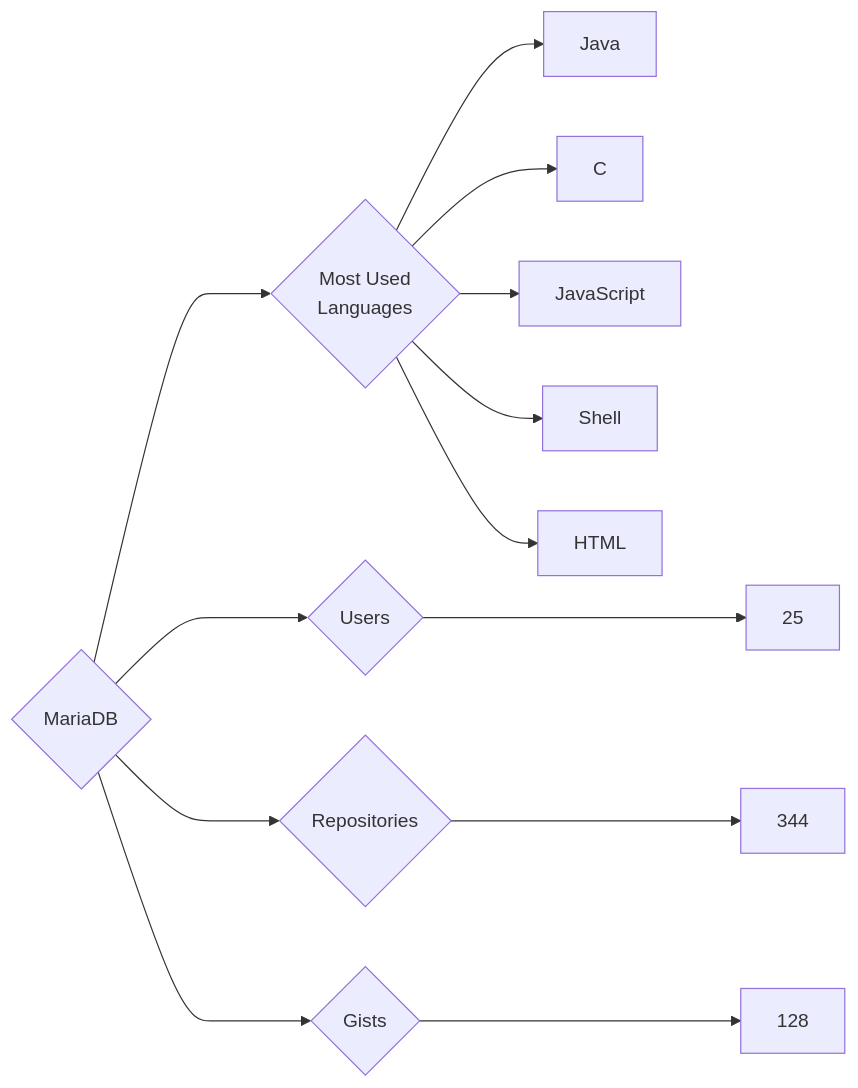
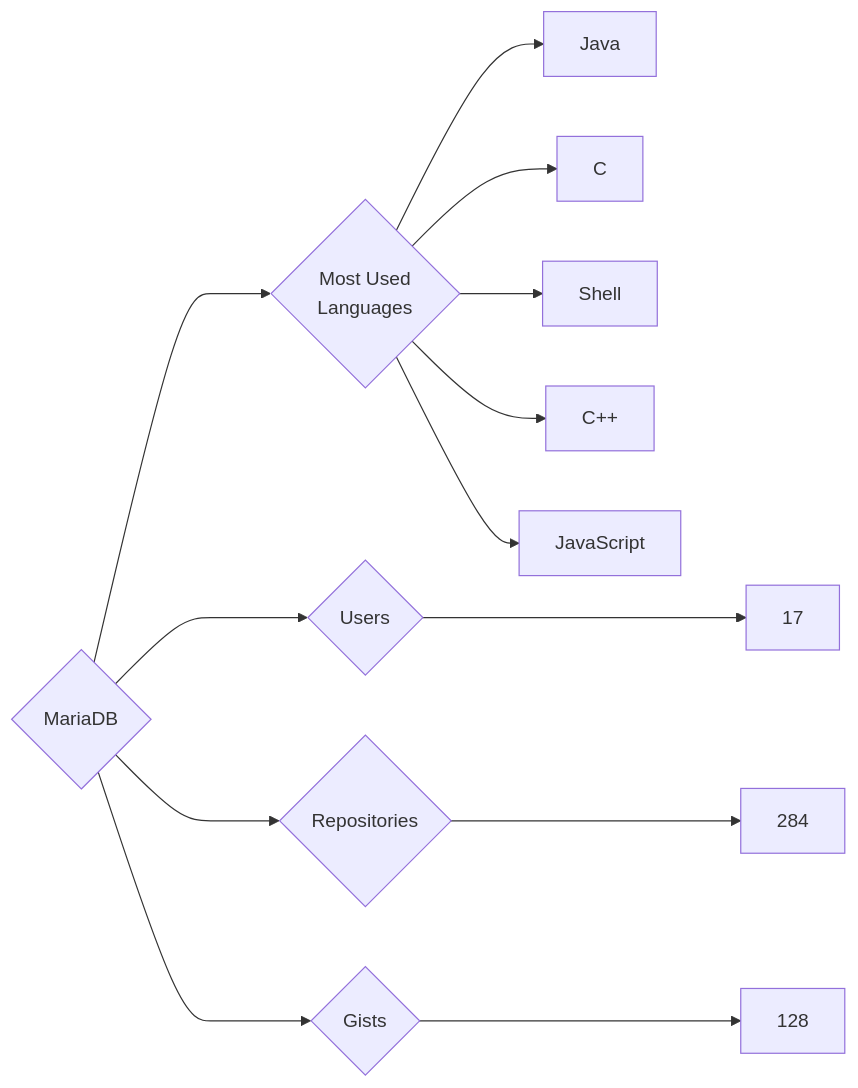
One commit to trickest/insiders changed the diagram in targets/MariaDB/README.md. Above: the diagram before and after it, drawn with Mermaid. The commit also changed 900 other files, not shown here.

````diff
--- a/targets/MariaDB/README.md
+++ b/targets/MariaDB/README.md
@@ -3,13 +3,13 @@
 ```mermaid
 graph LR
 COMPANY_NAME{MariaDB}
-COMPANY_NAME ---> U{Users} ---> UN[25]
-COMPANY_NAME ---> R{Repositories} ---> RN[344]
+COMPANY_NAME ---> U{Users} ---> UN[17]
+COMPANY_NAME ---> R{Repositories} ---> RN[284]
 COMPANY_NAME ---> G{Gists} ---> GN[128]
 COMPANY_NAME ---> ML{Most Used<br>Languages}
 ML --> Java[Java]
 ML --> C[C]
+ML --> Shell[Shell]
+ML --> C++[C++]
 ML --> JavaScript[JavaScript]
-ML --> Shell[Shell]
-ML --> HTML[HTML]
 ```
````
